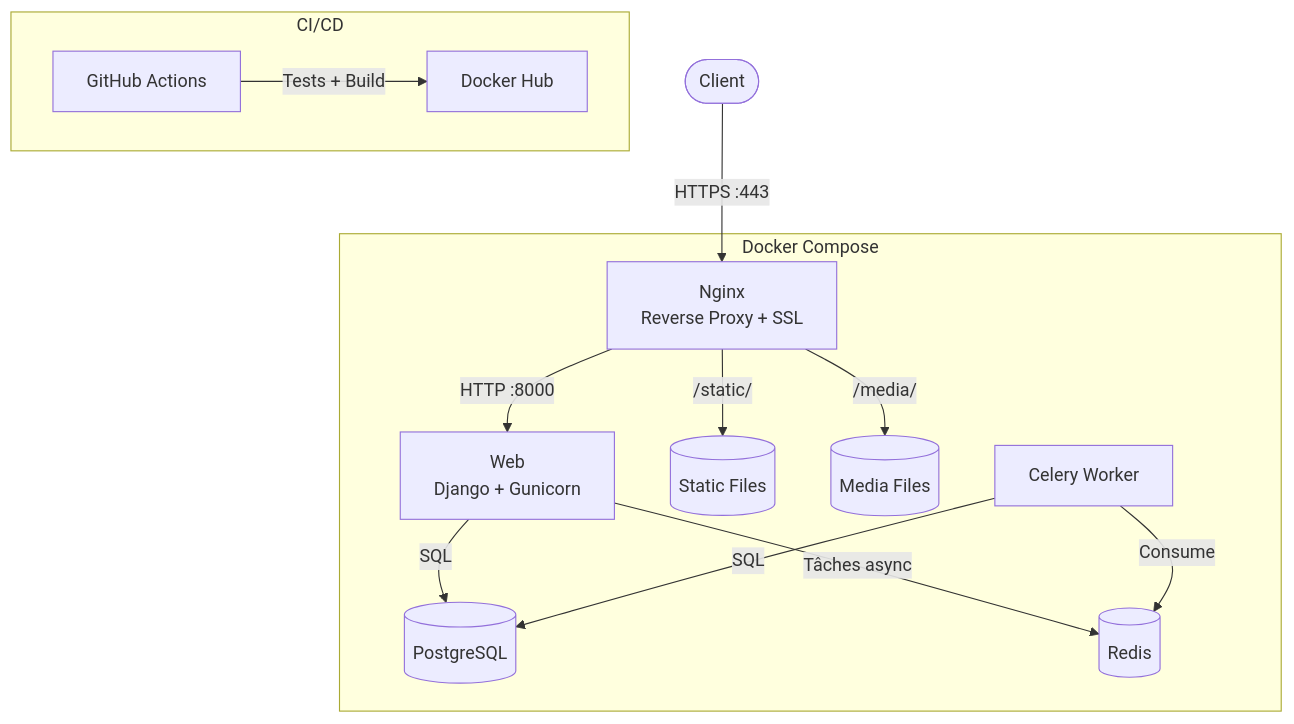
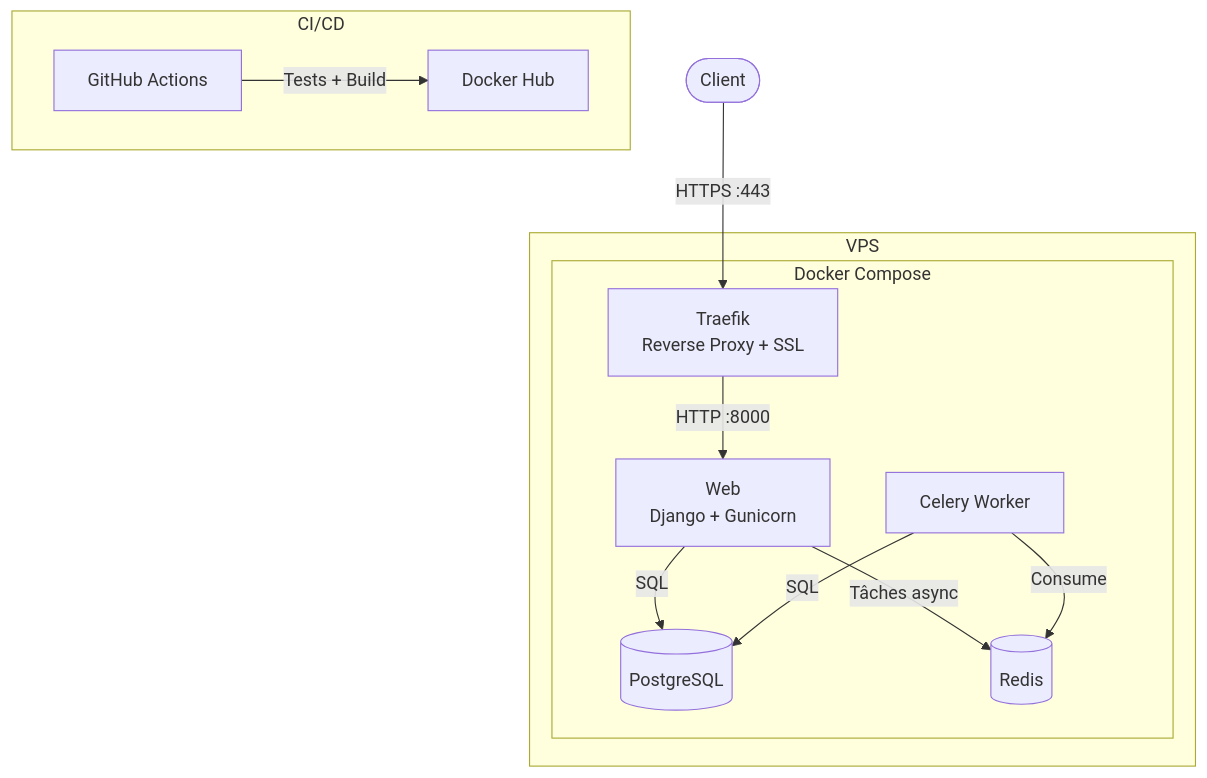
The diagram in README.md (nicolasdeclerck/nickorp-website), drawn with Mermaid before and after one commit. The commit also changed other lines of this file and 5 other files, not shown here.

Commit message:
Replace Nginx/Certbot with Traefik labels for reverse proxy

````diff
--- a/README.md
+++ b/README.md
@@ -7,23 +7,25 @@
 ```mermaid
 graph TB
-    Client([Client]) -->|HTTPS :443| Nginx
+    Client([Client]) -->|HTTPS :443| Traefik
 
-    subgraph Docker Compose
-        Nginx[Nginx<br>Reverse Proxy + SSL] -->|HTTP :8000| Web
-        Nginx -->|/static/| StaticFiles[(Static Files)]
-        Nginx -->|/media/| MediaFiles[(Media Files)]
-        Web[Web<br>Django + Gunicorn]
-        Celery[Celery Worker]
-        DB[(PostgreSQL)]
-        Redis[(Redis)]
+    subgraph VPS
+        Traefik[Traefik<br>Reverse Proxy + SSL]
 
-        Web -->|SQL| DB
-        Web -->|Tâches async| Redis
-        Celery -->|Consume| Redis
-        Celery -->|SQL| DB
+        subgraph Docker Compose
+            Traefik -->|HTTP :8000| Web
+            Web[Web<br>Django + Gunicorn]
+            Celery[Celery Worker]
+            DB[(PostgreSQL)]
+            Redis[(Redis)]
+
+            Web -->|SQL| DB
+            Web -->|Tâches async| Redis
+            Celery -->|Consume| Redis
+            Celery -->|SQL| DB
+        end
     end
 
     subgraph CI/CD
         GitHub[GitHub Actions] -->|Tests + Build| DockerHub[Docker Hub]
     end
 ```
````
